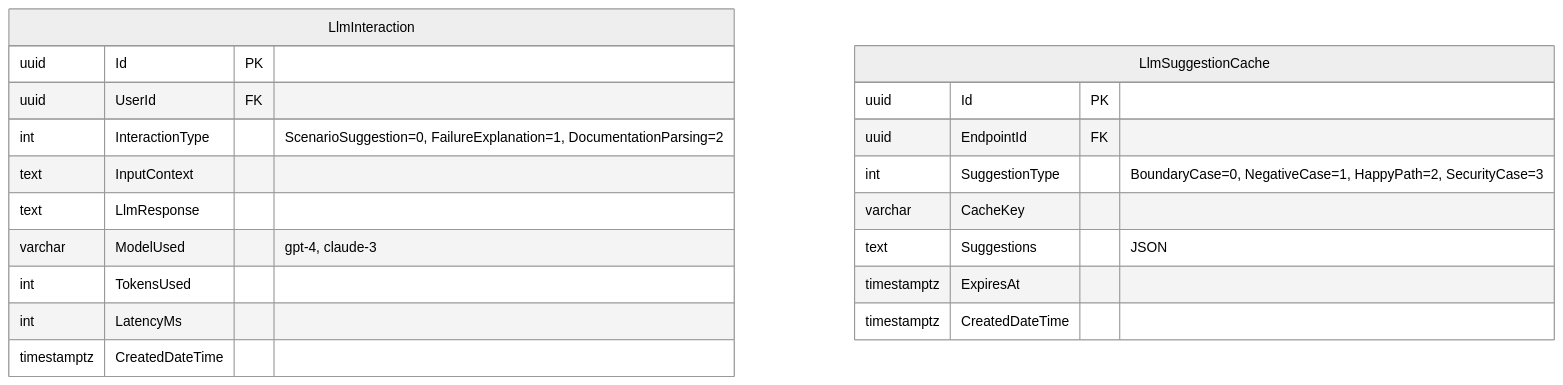
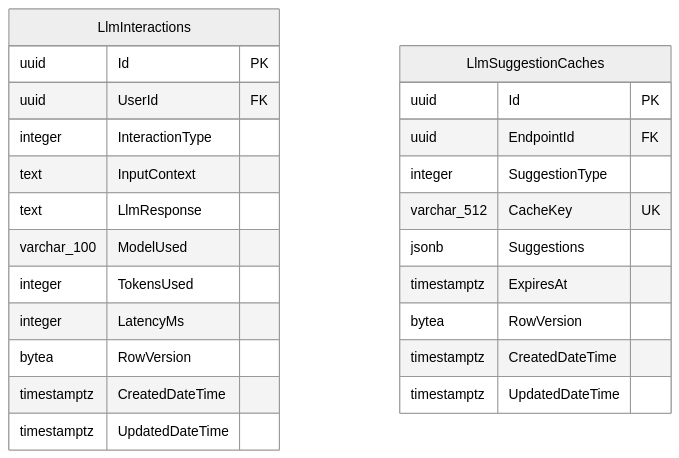
Diagram 13 of 14 in docs/architecture/ENTITIES.md (tinse-22/GSP26SE43.ModularMonolith), drawn with Mermaid (neutral theme) before and after one commit. The commit also changed other lines of this file and 8 other files, not shown here.

````diff
--- a/docs/architecture/ENTITIES.md
+++ b/docs/architecture/ENTITIES.md
@@ -1743,24 +2715,27 @@
 ```mermaid
 erDiagram
-    LlmInteraction {
+    LlmInteractions {
         uuid Id PK
         uuid UserId FK
-        int InteractionType "ScenarioSuggestion=0, FailureExplanation=1, DocumentationParsing=2"
+        integer InteractionType
         text InputContext
         text LlmResponse
-        varchar ModelUsed "gpt-4, claude-3"
-        int TokensUsed
-        int LatencyMs
+        varchar_100 ModelUsed
+        integer TokensUsed
+        integer LatencyMs
+        bytea RowVersion
         timestamptz CreatedDateTime
+        timestamptz UpdatedDateTime
     }
-
-    LlmSuggestionCache {
+    LlmSuggestionCaches {
         uuid Id PK
         uuid EndpointId FK
-        int SuggestionType "BoundaryCase=0, NegativeCase=1, HappyPath=2, SecurityCase=3"
-        varchar CacheKey
-        text Suggestions "JSON"
+        integer SuggestionType
+        varchar_512 CacheKey UK
+        jsonb Suggestions
         timestamptz ExpiresAt
+        bytea RowVersion
         timestamptz CreatedDateTime
+        timestamptz UpdatedDateTime
     }
 ```
````
